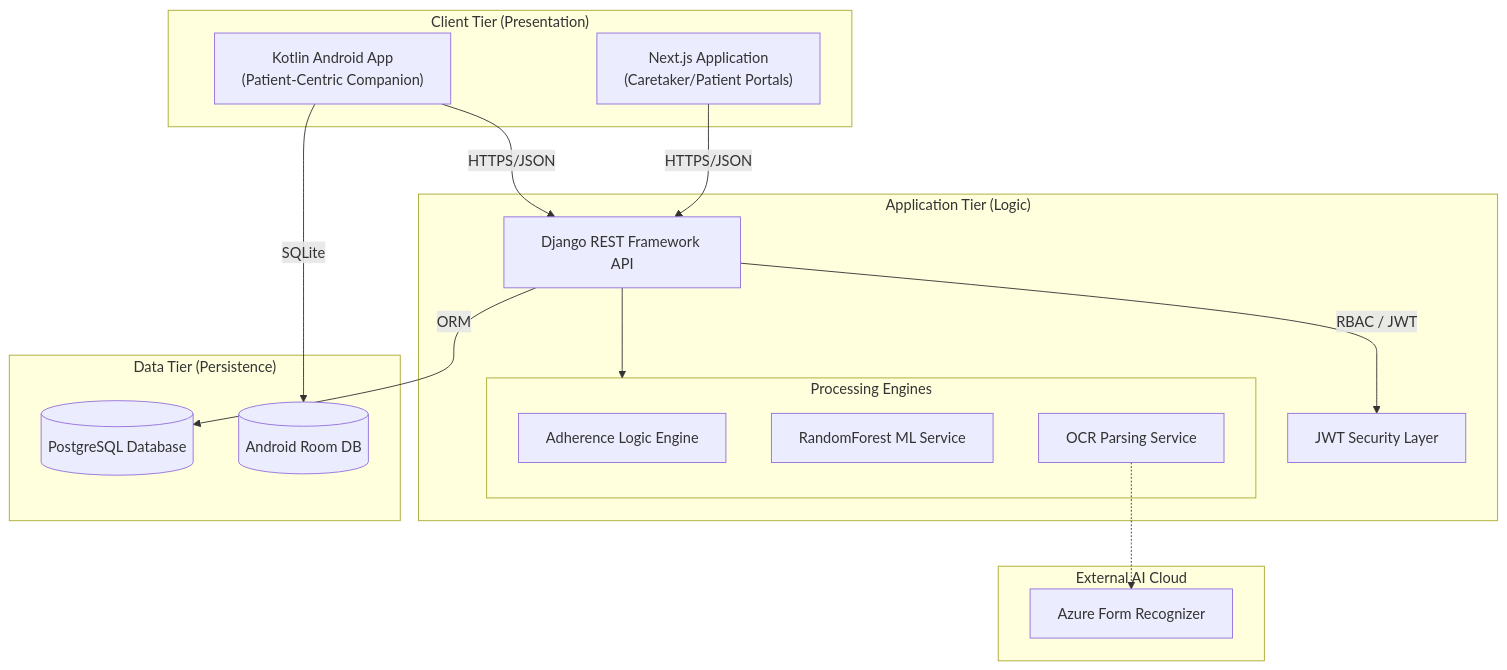
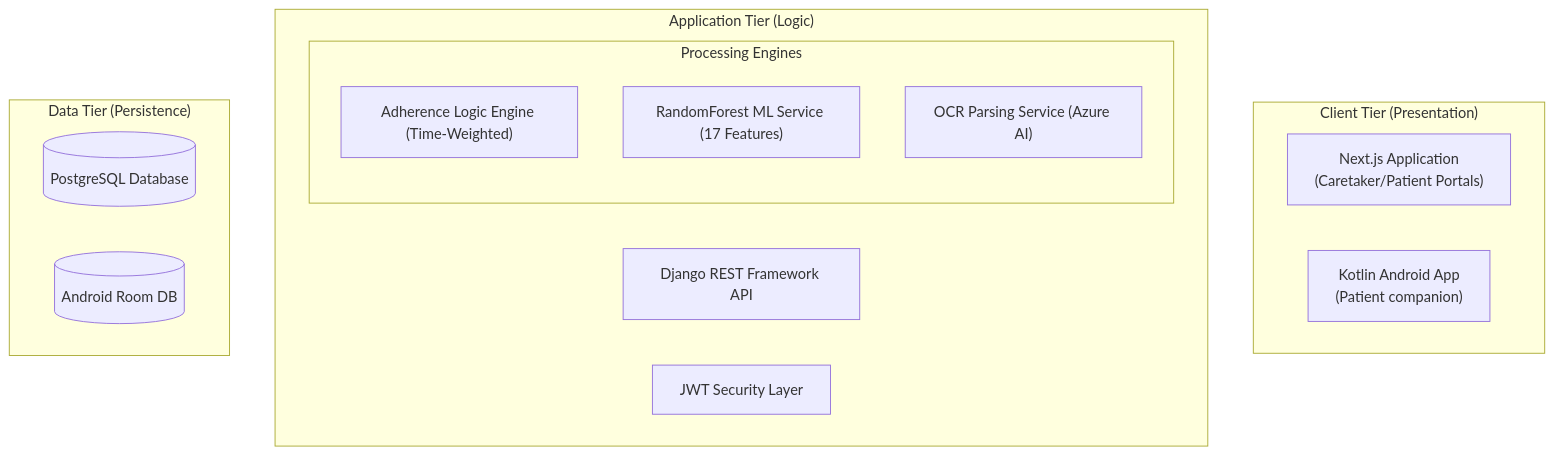
One commit to rathinadev/MedAssist changed the diagram in README.md. Above: the diagram before and after it, drawn with Mermaid. The commit also changed other lines of this file and 2 other files, not shown here.

````diff
--- a/README.md
+++ b/README.md
@@ -17,39 +16,25 @@
 ```mermaid
 graph TD
     %% Client Tier
     subgraph Client_Tier ["Client Tier (Presentation)"]
         Web["Next.js Application<br/>(Caretaker/Patient Portals)"]
-        Mobile["Kotlin Android App<br/>(Patient-Centric Companion)"]
+        Mobile["Kotlin Android App<br/>(Patient companion)"]
     end
 
     %% Application Tier
     subgraph App_Tier ["Application Tier (Logic)"]
         RestAPI["Django REST Framework API"]
         Auth["JWT Security Layer"]
         subgraph Internal_Engines ["Processing Engines"]
-            Logic["Adherence Logic Engine"]
-            ML["RandomForest ML Service"]
-            OCR["OCR Parsing Service"]
+            Logic["Adherence Logic Engine (Time-Weighted)"]
+            ML["RandomForest ML Service (17 Features)"]
+            OCR["OCR Parsing Service (Azure AI)"]
         end
     end
 
     %% Data Tier
     subgraph Data_Tier ["Data Tier (Persistence)"]
         Postgres[(PostgreSQL Database)]
         LocalStorage[(Android Room DB)]
     end
-
-    %% External Tier
-    subgraph External_Tier ["External AI Cloud"]
-        Azure["Azure Form Recognizer"]
-    end
-
-    %% Interactions
-    Web -- "HTTPS/JSON" --> RestAPI
-    Mobile -- "HTTPS/JSON" --> RestAPI
-    RestAPI -- "RBAC / JWT" --> Auth
-    RestAPI -- "ORM" --> Postgres
-    RestAPI --> Internal_Engines
-    OCR -.-> Azure
-    Mobile -- "SQLite" --> LocalStorage
 ```
````
